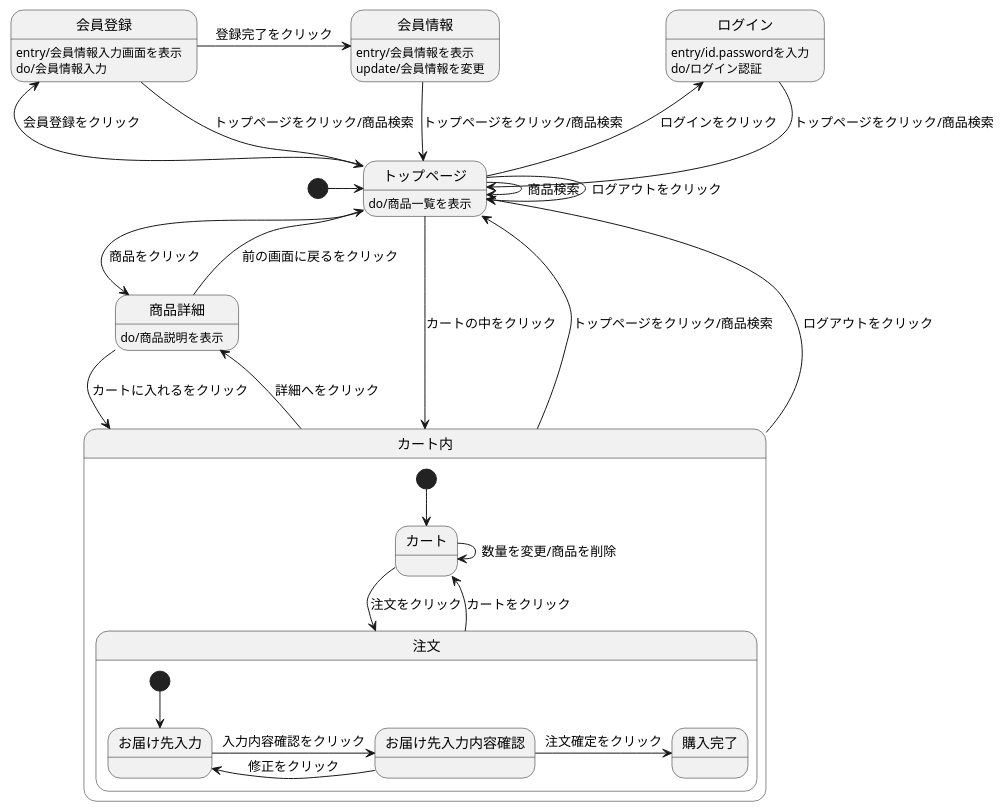
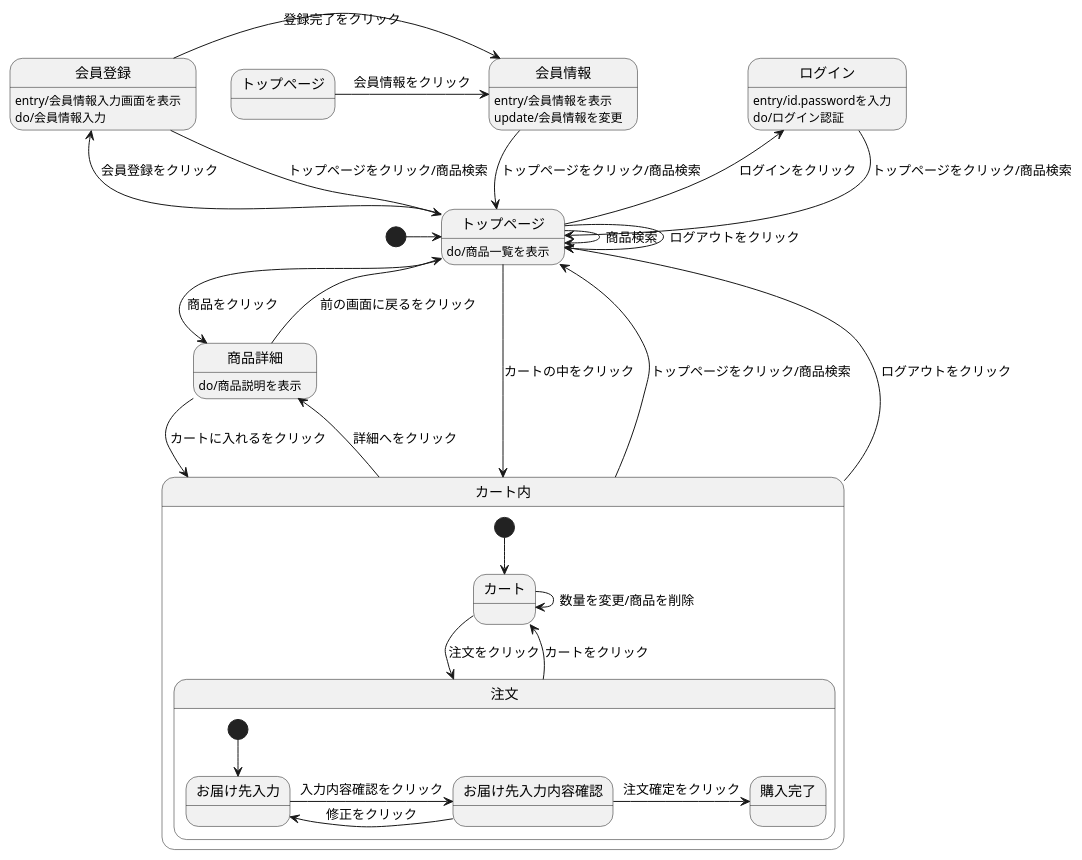
Before and after one commit to Aso2001027/2021sys-design: the diagram in shopping1.md, drawn with PlantUML.

````diff
--- a/shopping1.md
+++ b/shopping1.md
@@ -1,41 +1,42 @@
 ```uml
 @startuml
 [*] -> トップページ
 会員情報 --> トップページ : トップページをクリック/商品検索
 ログイン --> トップページ : トップページをクリック/商品検索
 ログイン : entry/id.passwordを入力
 ログイン : do/ログイン認証
 会員登録 -> 会員情報 : 登録完了をクリック
 会員登録 --> トップページ : トップページをクリック/商品検索
 会員登録 : entry/会員情報入力画面を表示
 会員登録 : do/会員情報入力
+トップぺージ -> 会員情報 : 会員情報をクリック
 会員情報 : entry/会員情報を表示
 会員情報 : update/会員情報を変更
 トップページ --> トップページ : ログアウトをクリック
 トップページ -> トップページ : 商品検索
 トップページ -> 商品詳細 : 商品をクリック
 トップページ -left-> 会員登録 : 会員登録をクリック
 トップページ -left-> ログイン : ログインをクリック
 トップページ --> カート内 : カートの中をクリック
 トップページ : do/商品一覧を表示
 商品詳細 --> カート内 : カートに入れるをクリック
 商品詳細 --> トップページ : 前の画面に戻るをクリック
 商品詳細 : do/商品説明を表示
 カート内 -up-> トップページ : トップページをクリック/商品検索
 カート内 -up-> トップページ : ログアウトをクリック
 カート内 -> 商品詳細 : 詳細へをクリック
 
 state カート内{
 [*] --> カート
 カート -> 注文 : 注文をクリック
 カート -> カート : 数量を変更/商品を削除
 注文 --> カート : カートをクリック
 state 注文 {
 [*] --> お届け先入力
 お届け先入力 -> お届け先入力内容確認 : 入力内容確認をクリック
 お届け先入力内容確認 -> お届け先入力 : 修正をクリック
 お届け先入力内容確認 -> 購入完了 : 注文確定をクリック
   }
 }
 @enduml
 ```
````
